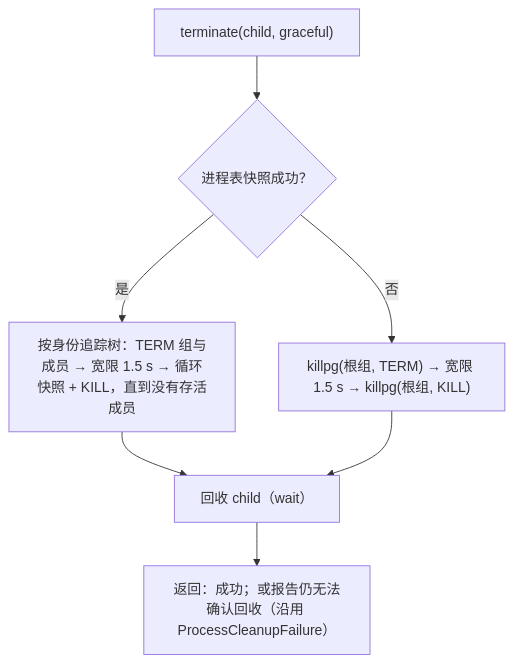
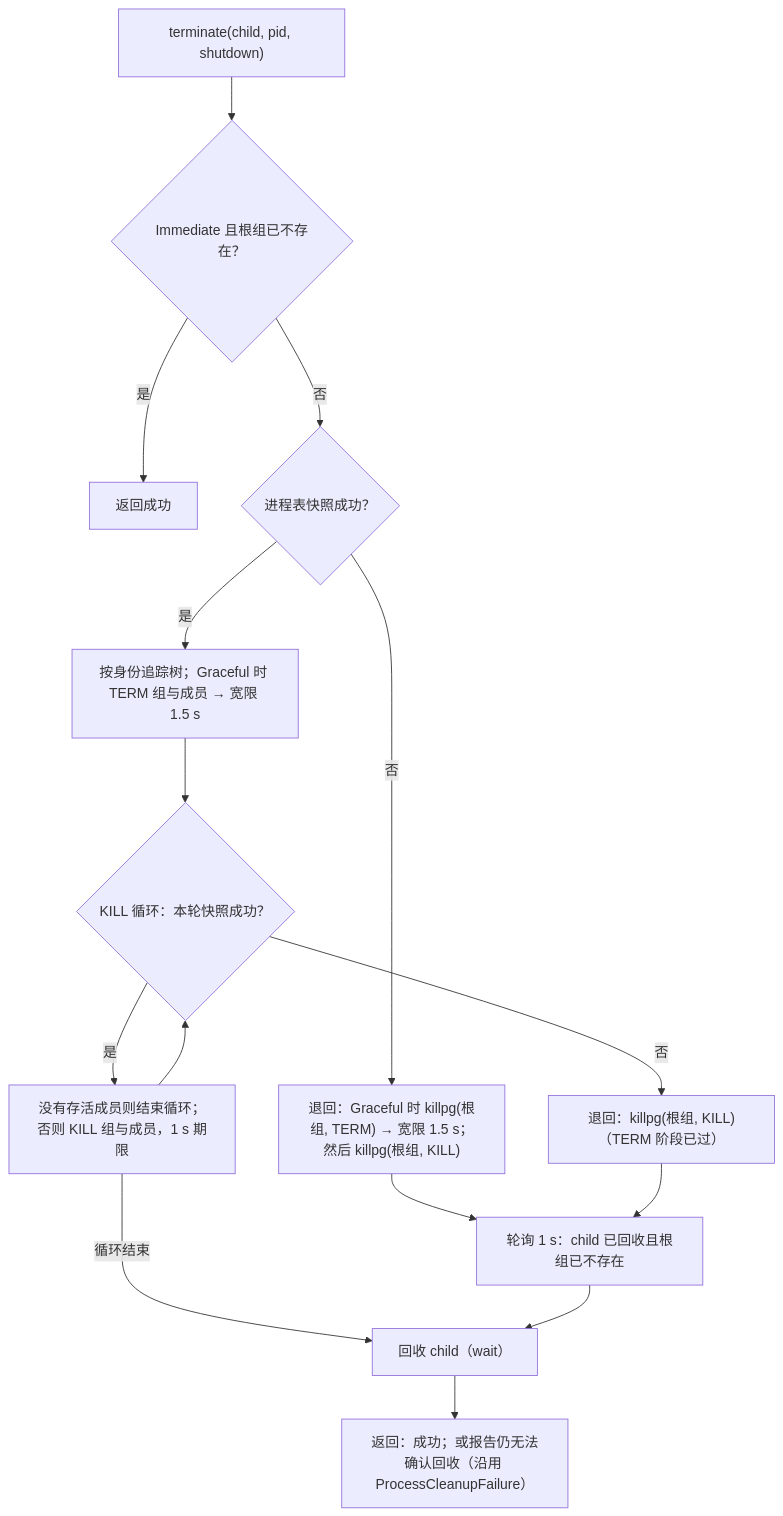
Before and after one commit to Madin-H23/ZCode-rs: the diagram in docs/specs/rust-u0-foundation.md, drawn with Mermaid. The commit also changed other lines of this file and 53 other files, not shown here.

````diff
--- a/docs/specs/rust-u0-foundation.md
+++ b/docs/specs/rust-u0-foundation.md
@@ -153,9 +181,17 @@
 ```mermaid
 flowchart TB
-    A["terminate(child, graceful)"] --> S{"进程表快照成功？"}
-    S -- "是" --> T["按身份追踪树：TERM 组与成员 → 宽限 1.5 s → 循环快照 + KILL，直到没有存活成员"]
-    S -- "否" --> G["killpg(根组, TERM) → 宽限 1.5 s → killpg(根组, KILL)"]
-    T --> W["回收 child（wait）"]
-    G --> W
+    A["terminate(child, pid, shutdown)"] --> I{"Immediate 且根组已不存在？"}
+    I -- "是" --> OK["返回成功"]
+    I -- "否" --> S{"进程表快照成功？"}
+    S -- "是" --> T["按身份追踪树；Graceful 时 TERM 组与成员 → 宽限 1.5 s"]
+    T --> K{"KILL 循环：本轮快照成功？"}
+    K -- "是" --> L["没有存活成员则结束循环；否则 KILL 组与成员，1 s 期限"]
+    L --> K
+    K -- "否" --> F2["退回：killpg(根组, KILL)（TERM 阶段已过）"]
+    S -- "否" --> F1["退回：Graceful 时 killpg(根组, TERM) → 宽限 1.5 s；然后 killpg(根组, KILL)"]
+    L -- "循环结束" --> W["回收 child（wait）"]
+    F1 --> P["轮询 1 s：child 已回收且根组已不存在"]
+    F2 --> P
+    P --> W
     W --> R["返回：成功；或报告仍无法确认回收（沿用 ProcessCleanupFailure）"]
 ```
````
